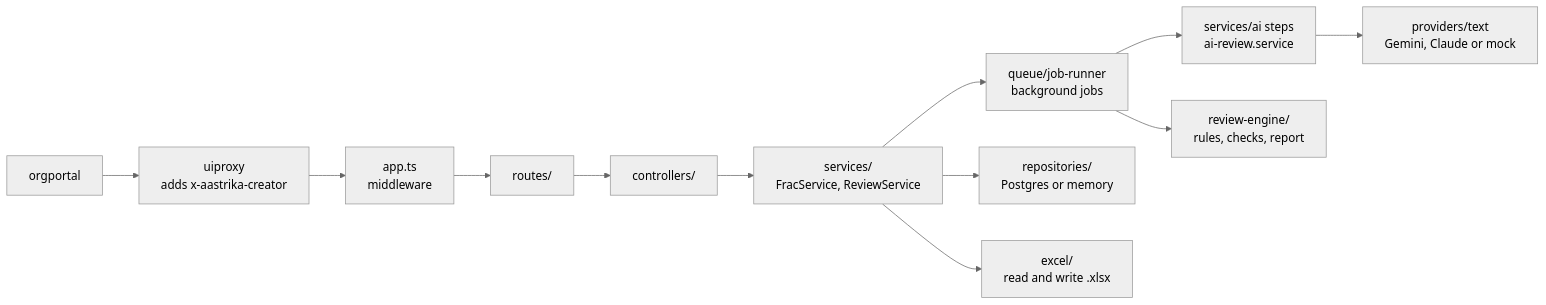
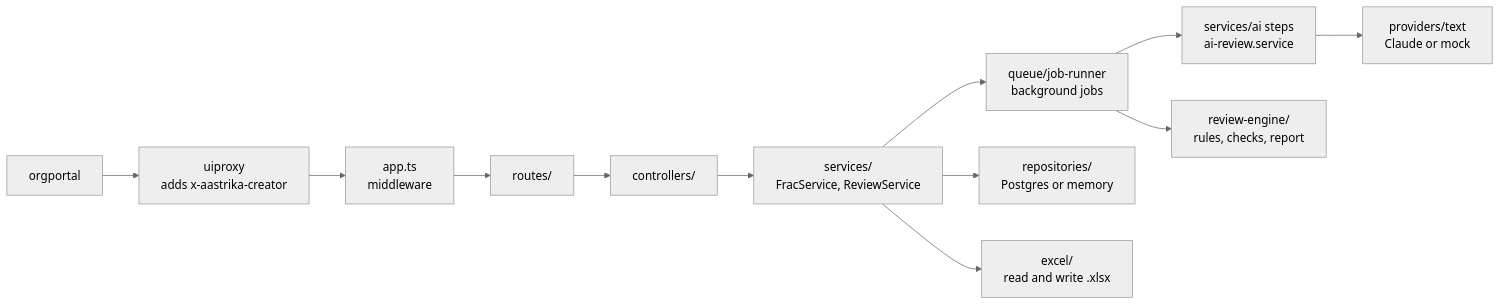
The diagram in docs/CODEBASE_GUIDE.md (vpPavithra/frac-AIstudio-service), drawn with Mermaid (neutral theme) before and after one commit. The commit also changed other lines of this file and 77 other files, not shown here.

````diff
--- a/docs/CODEBASE_GUIDE.md
+++ b/docs/CODEBASE_GUIDE.md
@@ -27,13 +27,13 @@
 ```mermaid
 flowchart LR
   portal[orgportal] --> proxy[uiproxy<br/>adds x-aastrika-creator]
   proxy --> app[app.ts<br/>middleware]
   app --> routes[routes/] --> controllers[controllers/]
   controllers --> svc[services/<br/>FracService, ReviewService]
   svc --> runner[queue/job-runner<br/>background jobs]
   runner --> ai[services/ai steps<br/>ai-review.service]
-  ai --> provider[providers/text<br/>Gemini, Claude or mock]
+  ai --> provider[providers/text<br/>Claude or mock]
   runner --> engine[review-engine/<br/>rules, checks, report]
   svc --> repos[repositories/<br/>Postgres or memory]
   svc --> excel[excel/<br/>read and write .xlsx]
 ```
````
